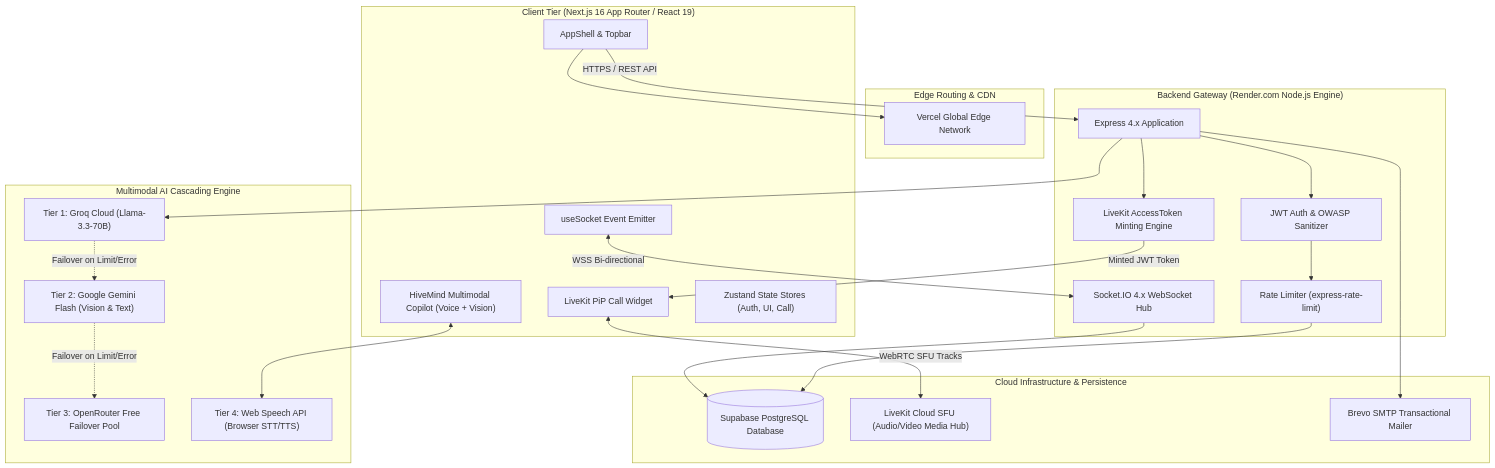
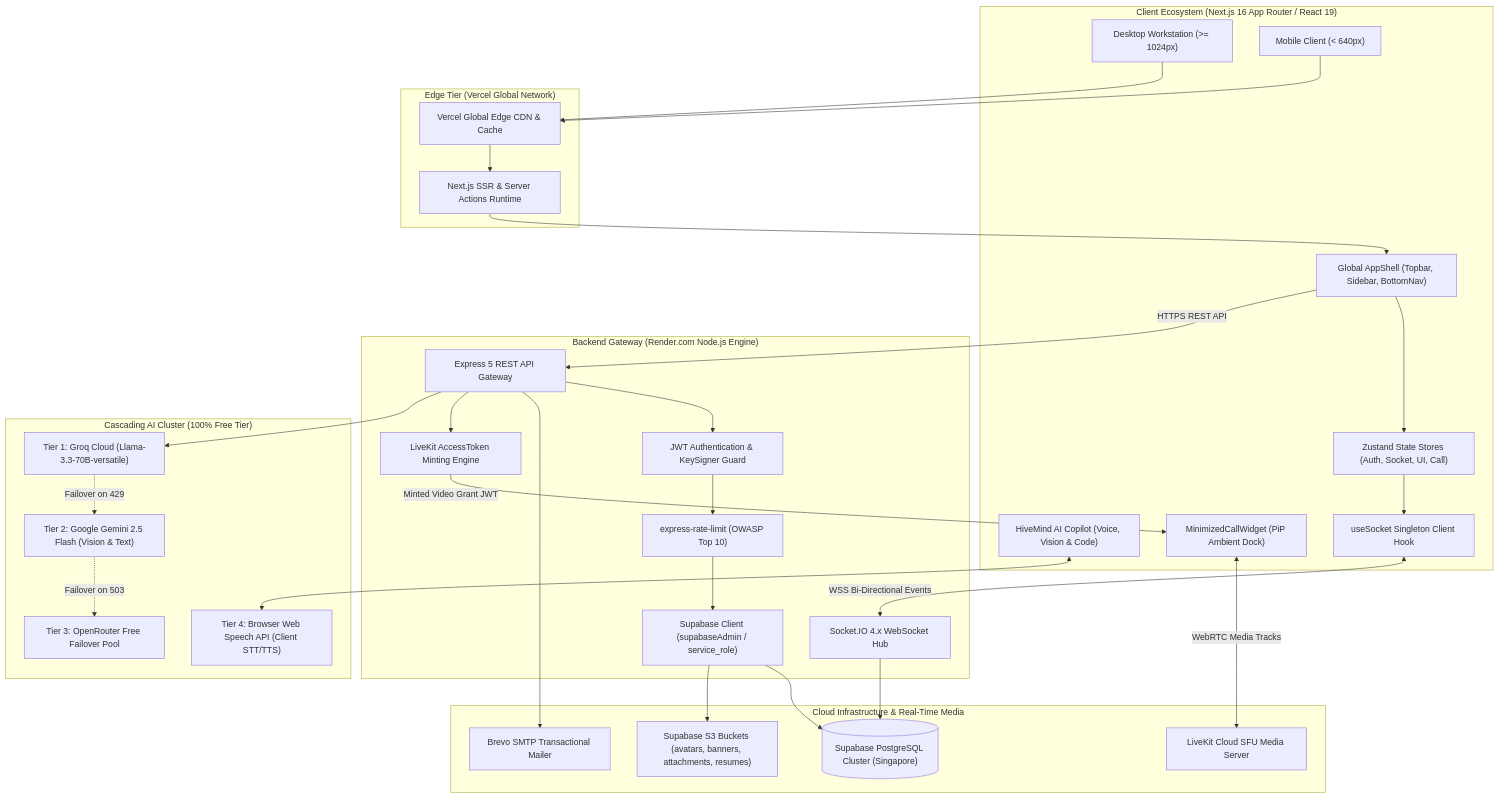
Before and after one commit to Ti838/Project-Hive: the first of 6 diagrams in README.md, drawn with Mermaid. The commit also changed other lines of this file and 1 other file, not shown here.

Commit message:
docs(pro): elevate README and API documentation with comprehensive diagrams and specifications

````diff
--- a/README.md
+++ b/README.md
@@ -54,57 +75,74 @@
 ```mermaid
 graph TD
     %% Client Tier
-    subgraph Client_Layer ["Client Tier (Next.js 16 App Router / React 19)"]
-        UI["AppShell & Topbar"]
-        HiveMind["HiveMind Multimodal Copilot (Voice + Vision)"]
-        CallPiP["LiveKit PiP Call Widget"]
-        SocketHook["useSocket Event Emitter"]
-        ZStore["Zustand State Stores (Auth, UI, Call)"]
+    subgraph Client_Ecosystem ["Client Ecosystem (Next.js 16 App Router / React 19)"]
+        BrowserDesktop["Desktop Workstation (>= 1024px)"]
+        BrowserMobile["Mobile Client (< 640px)"]
+        AppShell["Global AppShell (Topbar, Sidebar, BottomNav)"]
+        HiveAICopilot["HiveMind AI Copilot (Voice, Vision & Code)"]
+        LiveKitWidget["MinimizedCallWidget (PiP Ambient Dock)"]
+        SocketHook["useSocket Singleton Client Hook"]
+        ZustandStores["Zustand State Stores (Auth, Socket, UI, Call)"]
     end
 
-    %% Network & Edge Tier
-    subgraph Edge_Network ["Edge Routing & CDN"]
-        Vercel["Vercel Global Edge Network"]
+    %% Edge Network
+    subgraph Edge_Infrastructure ["Edge Tier (Vercel Global Network)"]
+        VercelCDN["Vercel Global Edge CDN & Cache"]
+        NextServer["Next.js SSR & Server Actions Runtime"]
     end
 
-    %% Backend Tier
+    %% Backend Gateway
     subgraph Backend_Gateway ["Backend Gateway (Render.com Node.js Engine)"]
-        Express["Express 4.x Application"]
-        AuthMid["JWT Auth & OWASP Sanitizer"]
-        RateLimit["Rate Limiter (express-rate-limit)"]
-        SocketServer["Socket.IO 4.x WebSocket Hub"]
-        LiveKitTokenGen["LiveKit AccessToken Minting Engine"]
+        ExpressRouter["Express 5 REST API Gateway"]
+        AuthMiddleware["JWT Authentication & KeySigner Guard"]
+        RateLimiter["express-rate-limit (OWASP Top 10)"]
+        SocketCluster["Socket.IO 4.x WebSocket Hub"]
+        LiveKitTokenService["LiveKit AccessToken Minting Engine"]
+        DBConnector["Supabase Client (supabaseAdmin / service_role)"]
     end
 
-    %% AI Cascading Tier
-    subgraph AI_Engine ["Multimodal AI Cascading Engine"]
-        Tier1["Tier 1: Groq Cloud (Llama-3.3-70B)"]
-        Tier2["Tier 2: Google Gemini Flash (Vision & Text)"]
-        Tier3["Tier 3: OpenRouter Free Failover Pool"]
-        Tier4["Tier 4: Web Speech API (Browser STT/TTS)"]
+    %% AI Cluster
+    subgraph AI_Inference_Cluster ["Cascading AI Cluster (100% Free Tier)"]
+        GroqTier["Tier 1: Groq Cloud (Llama-3.3-70B-versatile)"]
+        GeminiTier["Tier 2: Google Gemini 2.5 Flash (Vision & Text)"]
+        OpenRouterTier["Tier 3: OpenRouter Free Failover Pool"]
+        WebSpeechTier["Tier 4: Browser Web Speech API (Client STT/TTS)"]
     end
 
-    %% Cloud Services & Persistence
-    subgraph Data_Cloud_Services ["Cloud Infrastructure & Persistence"]
-        Supabase[("Supabase PostgreSQL Database")]
-        LiveKitSFU["LiveKit Cloud SFU (Audio/Video Media Hub)"]
-        Brevo["Brevo SMTP Transactional Mailer"]
+    %% Persistence & Media
+    subgraph Persistence_Media ["Cloud Infrastructure & Real-Time Media"]
+        PostgresCluster[("Supabase PostgreSQL Cluster (Singapore)")]
+        StorageBuckets["Supabase S3 Buckets (avatars, banners, attachments, resumes)"]
+        LiveKitCloud["LiveKit Cloud SFU Media Server"]
+        BrevoSMTP["Brevo SMTP Transactional Mailer"]
     end
 
     %% Connections
-    UI --> Vercel
-    UI -->|HTTPS / REST API| Express
-    SocketHook <-->|WSS Bi-directional| SocketServer
-    Express --> AuthMid
-    AuthMid --> RateLimit
-    RateLimit --> Supabase
-    Express --> LiveKitTokenGen
-    LiveKitTokenGen -->|Minted JWT Token| CallPiP
-    CallPiP <-->|WebRTC SFU Tracks| LiveKitSFU
-    Express --> Tier1
-    Tier1 -.->|Failover on Limit/Error| Tier2
-    Tier2 -.->|Failover on Limit/Error| Tier3
-    HiveMind <--> Tier4
-    Express --> Brevo
-    SocketServer --> Supabase
+    BrowserDesktop --> VercelCDN
+    BrowserMobile --> VercelCDN
+    VercelCDN --> NextServer
+    NextServer --> AppShell
+    AppShell --> ZustandStores
+    ZustandStores --> SocketHook
+
+    AppShell -->|HTTPS REST API| ExpressRouter
+    SocketHook <-->|WSS Bi-Directional Events| SocketCluster
+
+    ExpressRouter --> AuthMiddleware
+    AuthMiddleware --> RateLimiter
+    RateLimiter --> DBConnector
+
+    DBConnector --> PostgresCluster
+    DBConnector --> StorageBuckets
+    SocketCluster --> PostgresCluster
+    ExpressRouter --> BrevoSMTP
+
+    ExpressRouter --> LiveKitTokenService
+    LiveKitTokenService -->|Minted Video Grant JWT| LiveKitWidget
+    LiveKitWidget <-->|WebRTC Media Tracks| LiveKitCloud
+
+    ExpressRouter --> GroqTier
+    GroqTier -.->|Failover on 429| GeminiTier
+    GeminiTier -.->|Failover on 503| OpenRouterTier
+    HiveAICopilot <--> WebSpeechTier
 ```
````
